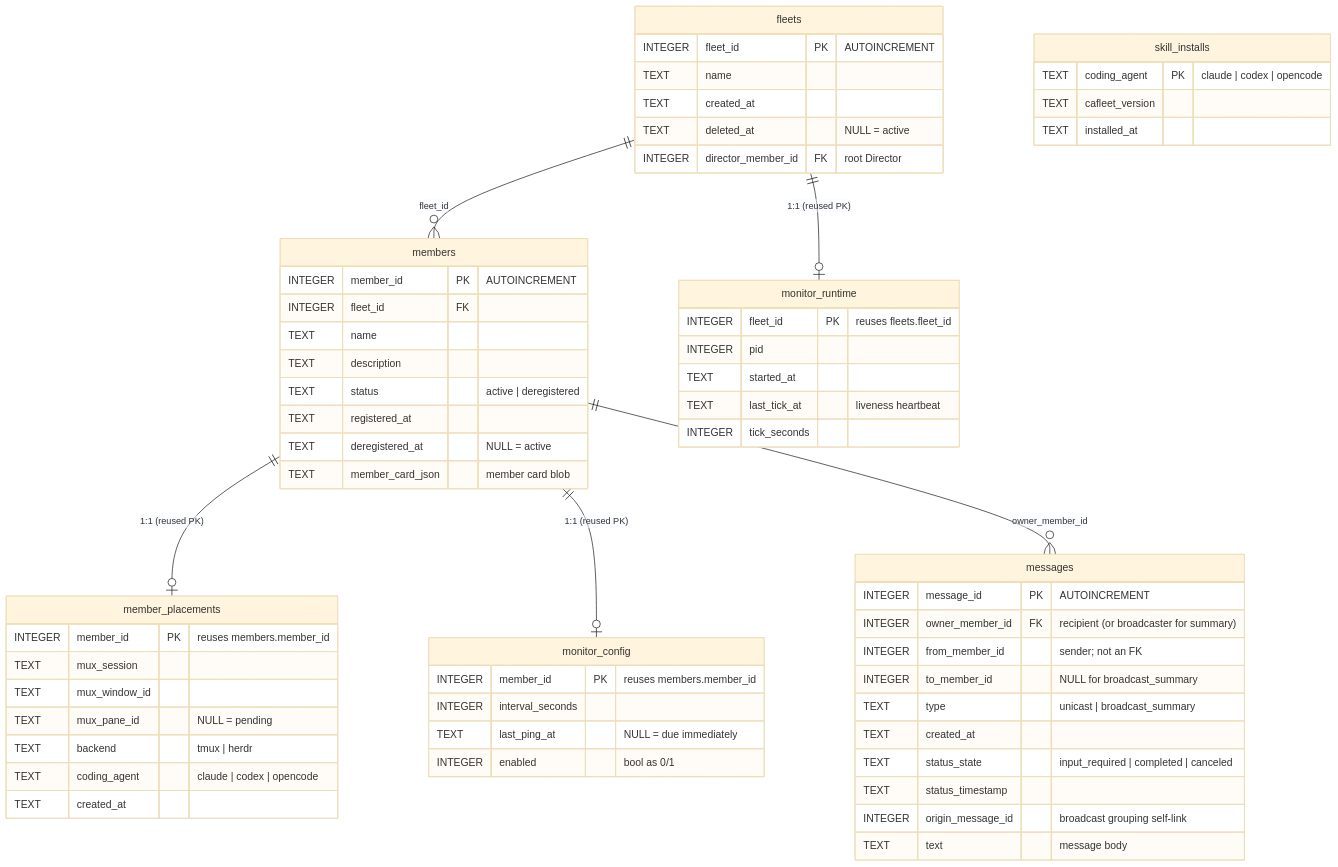
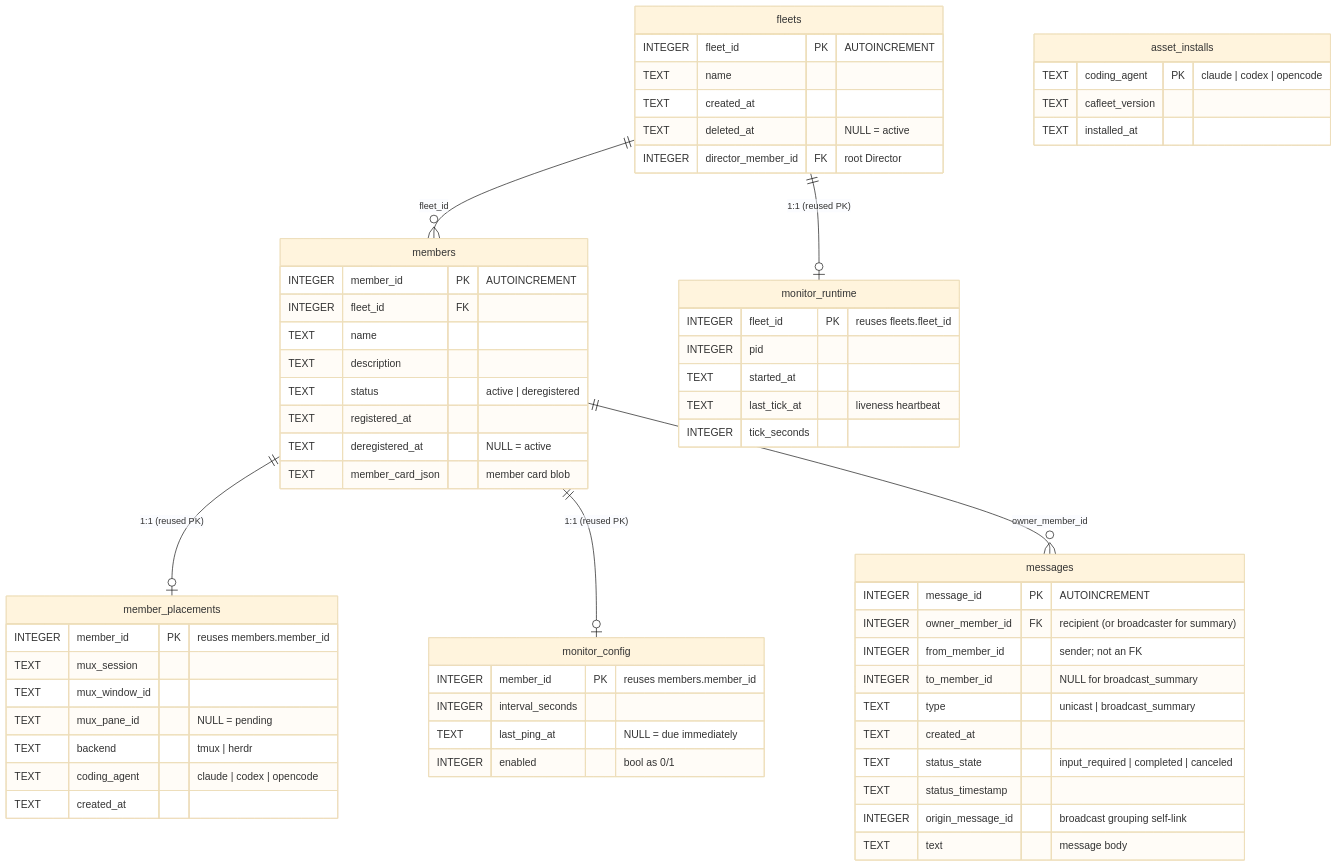
The diagram in docs/spec/data-model.md (himkt/cafleet), drawn with Mermaid (base theme) before and after one commit. The commit also changed other lines of this file and 15 other files, not shown here.

````diff
--- a/docs/spec/data-model.md
+++ b/docs/spec/data-model.md
@@ -18,65 +17,65 @@
 ```mermaid
 erDiagram
     fleets ||--o{ members : "fleet_id"
     fleets ||--o| monitor_runtime : "1:1 (reused PK)"
     members ||--o| member_placements : "1:1 (reused PK)"
     members ||--o| monitor_config : "1:1 (reused PK)"
     members ||--o{ messages : "owner_member_id"
 
     fleets {
         INTEGER fleet_id PK "AUTOINCREMENT"
         TEXT name
         TEXT created_at
         TEXT deleted_at "NULL = active"
         INTEGER director_member_id FK "root Director"
     }
     members {
         INTEGER member_id PK "AUTOINCREMENT"
         INTEGER fleet_id FK
         TEXT name
         TEXT description
         TEXT status "active | deregistered"
         TEXT registered_at
         TEXT deregistered_at "NULL = active"
         TEXT member_card_json "member card blob"
     }
     messages {
         INTEGER message_id PK "AUTOINCREMENT"
         INTEGER owner_member_id FK "recipient (or broadcaster for summary)"
         INTEGER from_member_id "sender; not an FK"
         INTEGER to_member_id "NULL for broadcast_summary"
         TEXT type "unicast | broadcast_summary"
         TEXT created_at
         TEXT status_state "input_required | completed | canceled"
         TEXT status_timestamp
         INTEGER origin_message_id "broadcast grouping self-link"
         TEXT text "message body"
     }
     member_placements {
         INTEGER member_id PK "reuses members.member_id"
         TEXT mux_session
         TEXT mux_window_id
         TEXT mux_pane_id "NULL = pending"
         TEXT backend "tmux | herdr"
         TEXT coding_agent "claude | codex | opencode"
         TEXT created_at
     }
     monitor_config {
         INTEGER member_id PK "reuses members.member_id"
         INTEGER interval_seconds
         TEXT last_ping_at "NULL = due immediately"
         INTEGER enabled "bool as 0/1"
     }
     monitor_runtime {
         INTEGER fleet_id PK "reuses fleets.fleet_id"
         INTEGER pid
         TEXT started_at
         TEXT last_tick_at "liveness heartbeat"
         INTEGER tick_seconds
     }
-    skill_installs {
+    asset_installs {
         TEXT coding_agent PK "claude | codex | opencode"
         TEXT cafleet_version
         TEXT installed_at
     }
 ```
````
